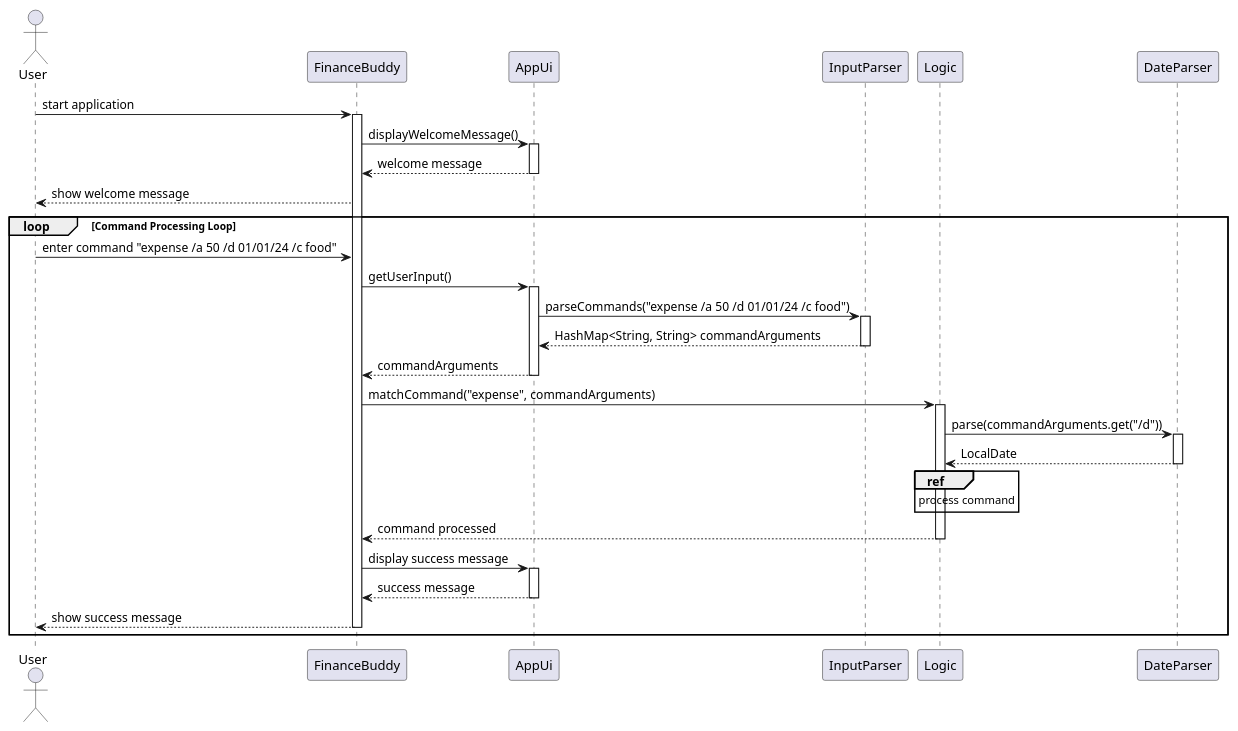
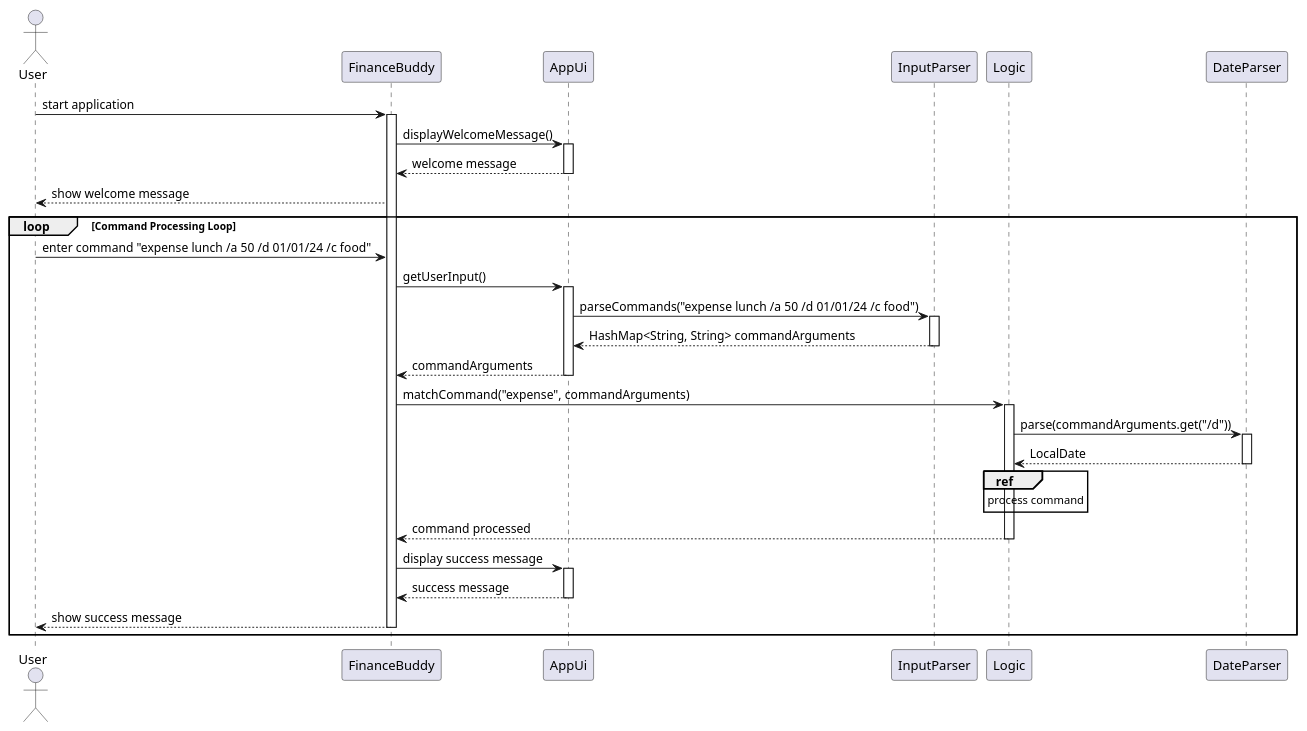
The diagram in docs/UML/UiParserSequence.puml (nus-cs2113-AY2425S1/tp), drawn with PlantUML before and after one commit. The commit also changed 2 other files, not shown here.

Commit message:
Update diagram

```diff
--- a/docs/UML/UiParserSequence.puml
+++ b/docs/UML/UiParserSequence.puml
@@ -1,42 +1,42 @@
 @startuml
 actor User
 User -> FinanceBuddy : start application
 activate FinanceBuddy
 FinanceBuddy -> AppUi : displayWelcomeMessage()
 activate AppUi
 AppUi --> FinanceBuddy : welcome message
 deactivate AppUi
 FinanceBuddy --> User : show welcome message
 
 loop Command Processing Loop
-    User -> FinanceBuddy : enter command "expense /a 50 /d 01/01/24 /c food"
+    User -> FinanceBuddy : enter command "expense lunch /a 50 /d 01/01/24 /c food"
     FinanceBuddy -> AppUi : getUserInput()
     activate AppUi
-    AppUi -> InputParser : parseCommands("expense /a 50 /d 01/01/24 /c food")
+    AppUi -> InputParser : parseCommands("expense lunch /a 50 /d 01/01/24 /c food")
     activate InputParser
     InputParser --> AppUi : HashMap<String, String> commandArguments
     deactivate InputParser
     AppUi --> FinanceBuddy : commandArguments
     deactivate AppUi
 
     FinanceBuddy -> Logic : matchCommand("expense", commandArguments)
     activate Logic
 
     Logic -> DateParser : parse(commandArguments.get("/d"))
     activate DateParser
     DateParser --> Logic : LocalDate
     deactivate DateParser
 
     ref over Logic : process command
     Logic --> FinanceBuddy : command processed
 
     deactivate Logic
 
     FinanceBuddy -> AppUi : display success message
     activate AppUi
     AppUi --> FinanceBuddy : success message
     deactivate AppUi
     FinanceBuddy --> User : show success message
     deactivate FinanceBuddy
 end
 @enduml
```
